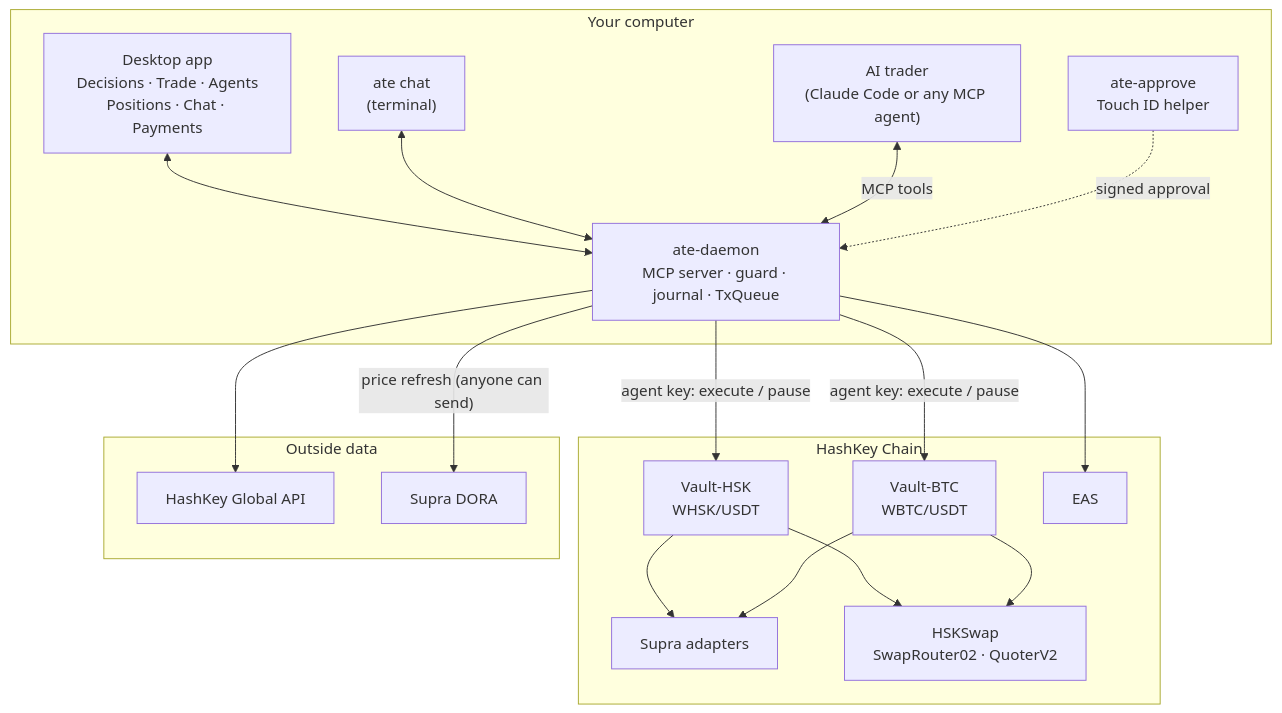
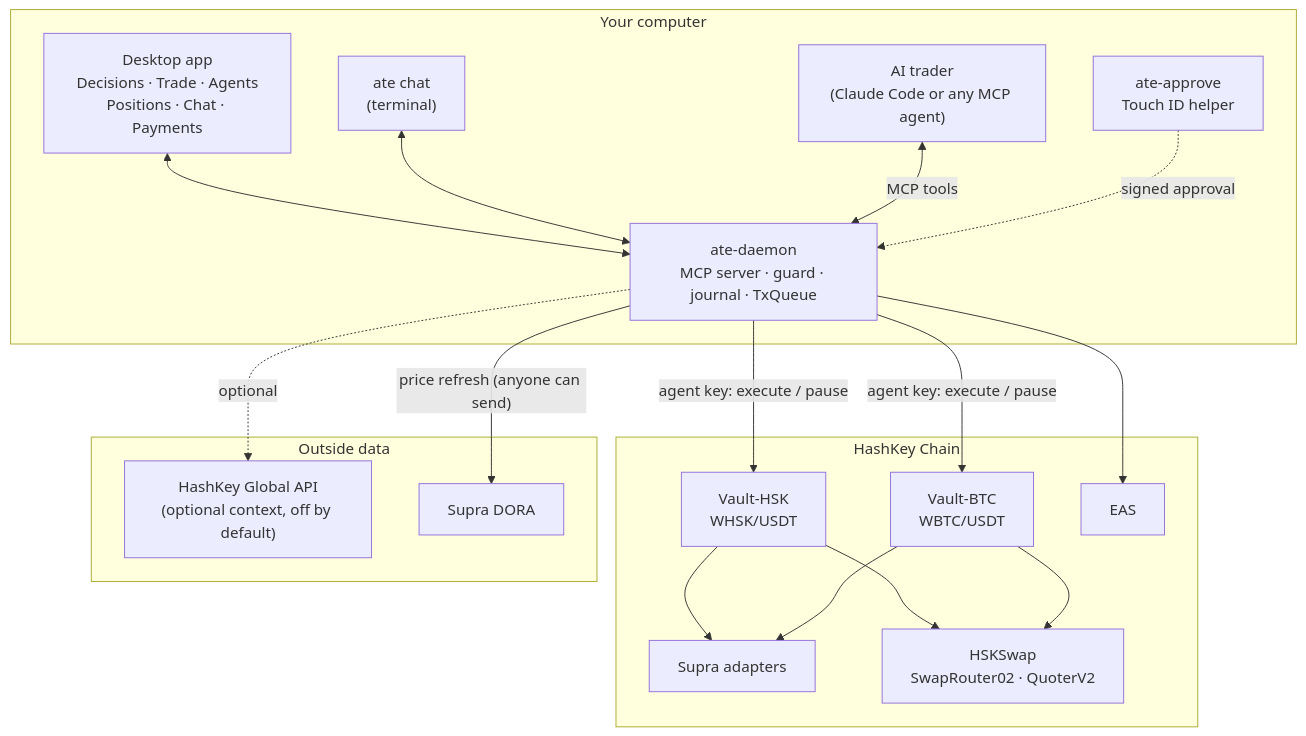
One commit to AceVikings/horizon-hack-flow changed the third of 11 diagrams in README.md. Above: the diagram before and after it, drawn with Mermaid. The commit also changed other lines of this file, not shown here.

Commit message:
readme: the signal is described as on-chain (pool, TWAP, oracle, swap flow, impact); HashKey Global shown as optional context; the 7-day replay is noted as using the earlier CEX reference

````diff
--- a/README.md
+++ b/README.md
@@ -136,31 +136,31 @@
 ```mermaid
 flowchart TB
     subgraph User["Your computer"]
         UI["Desktop app<br/>Decisions · Trade · Agents<br/>Positions · Chat · Payments"]
         CHAT["ate chat<br/>(terminal)"]
         TRADER["AI trader<br/>(Claude Code or any MCP agent)"]
         D["ate-daemon<br/>MCP server · guard · journal · TxQueue"]
         AP["ate-approve<br/>Touch ID helper"]
     end
     subgraph Chain["HashKey Chain"]
         V1["Vault-HSK<br/>WHSK/USDT"]
         V2["Vault-BTC<br/>WBTC/USDT"]
         SA["Supra adapters"]
         SW["HSKSwap<br/>SwapRouter02 · QuoterV2"]
         EAS["EAS"]
     end
     subgraph Ext["Outside data"]
-        HG["HashKey Global API"]
+        HG["HashKey Global API<br/>(optional context, off by default)"]
         SU["Supra DORA"]
     end
     UI <--> D
     CHAT <--> D
     TRADER <-- "MCP tools" --> D
     AP -. "signed approval" .-> D
     D -- "agent key: execute / pause" --> V1 & V2
     V1 & V2 --> SA
     V1 & V2 --> SW
     D --> EAS
-    D --> HG
+    D -. "optional" .-> HG
     D -- "price refresh (anyone can send)" --> SU
 ```
````
